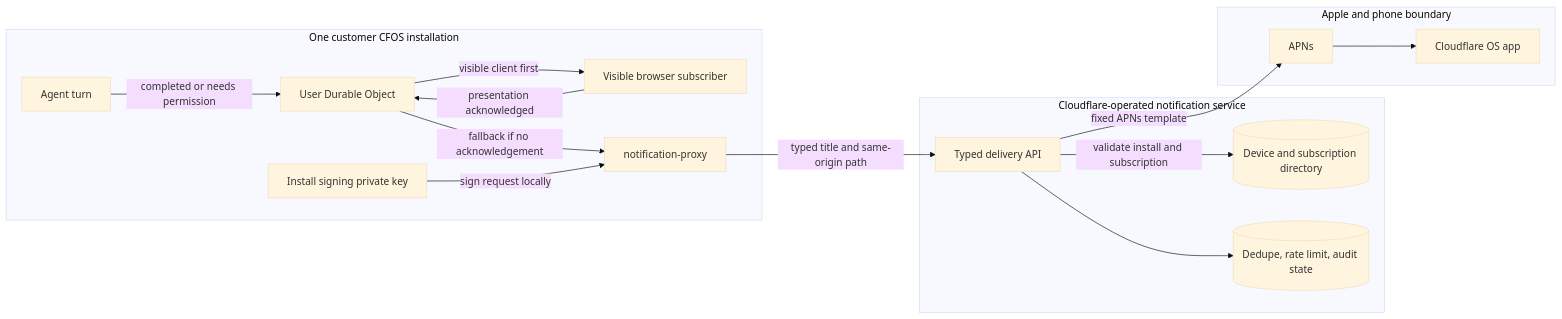
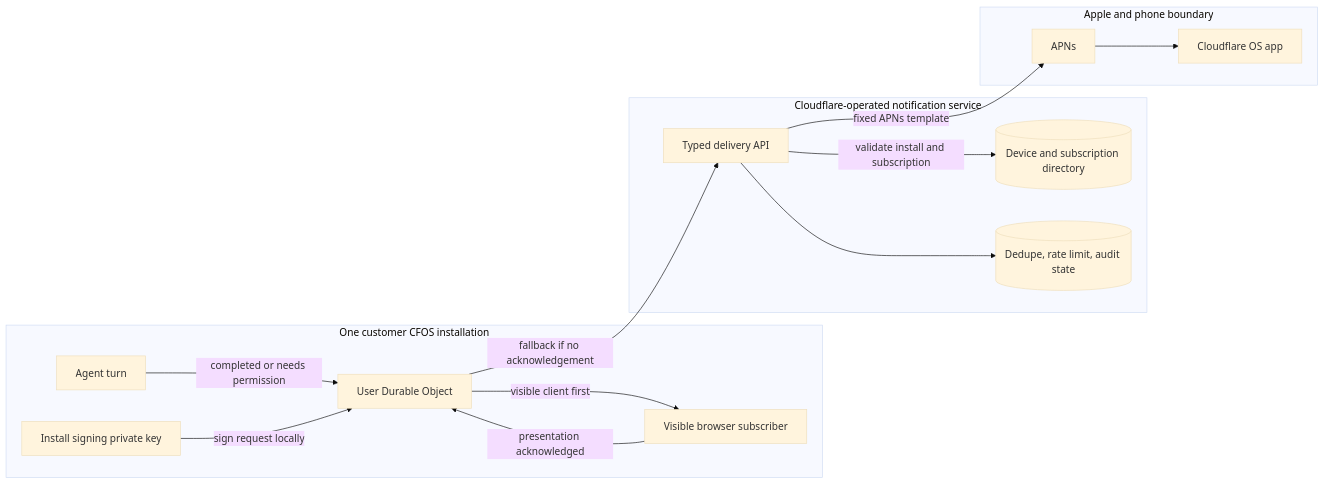
Before and after one commit to cloudflare/cloudflare-os: the second of 2 diagrams in docs/notifications.md, drawn with Mermaid (base theme). The commit also changed other lines of this file and 30 other files, not shown here.

First line of the commit message:
Sign notification requests in the backend and remove the proxy

````diff
--- a/docs/notifications.md
+++ b/docs/notifications.md
@@ -71,32 +65,30 @@
 ```mermaid
 flowchart LR
   subgraph Install[One customer CFOS installation]
     Agent[Agent turn]
     User[User Durable Object]
     Browser[Visible browser subscriber]
-    Proxy[notification-proxy]
     Key[Install signing private key]
   end
 
   subgraph Central[Cloudflare-operated notification service]
     Delivery[Typed delivery API]
     Registry[(Device and subscription directory)]
     Audit[(Dedupe, rate limit, audit state)]
   end
 
   subgraph Apple[Apple and phone boundary]
     APNS[APNs]
     App[Cloudflare OS app]
   end
 
   Agent -->|completed or needs permission| User
   User -->|visible client first| Browser
   Browser -->|presentation acknowledged| User
-  User -->|fallback if no acknowledgement| Proxy
-  Key -->|sign request locally| Proxy
-  Proxy -->|typed title and same-origin path| Delivery
+  User -->|fallback if no acknowledgement| Delivery
+  Key -->|sign request locally| User
   Delivery -->|validate install and subscription| Registry
   Delivery --> Audit
   Delivery -->|fixed APNs template| APNS
   APNS --> App
 ```
````
